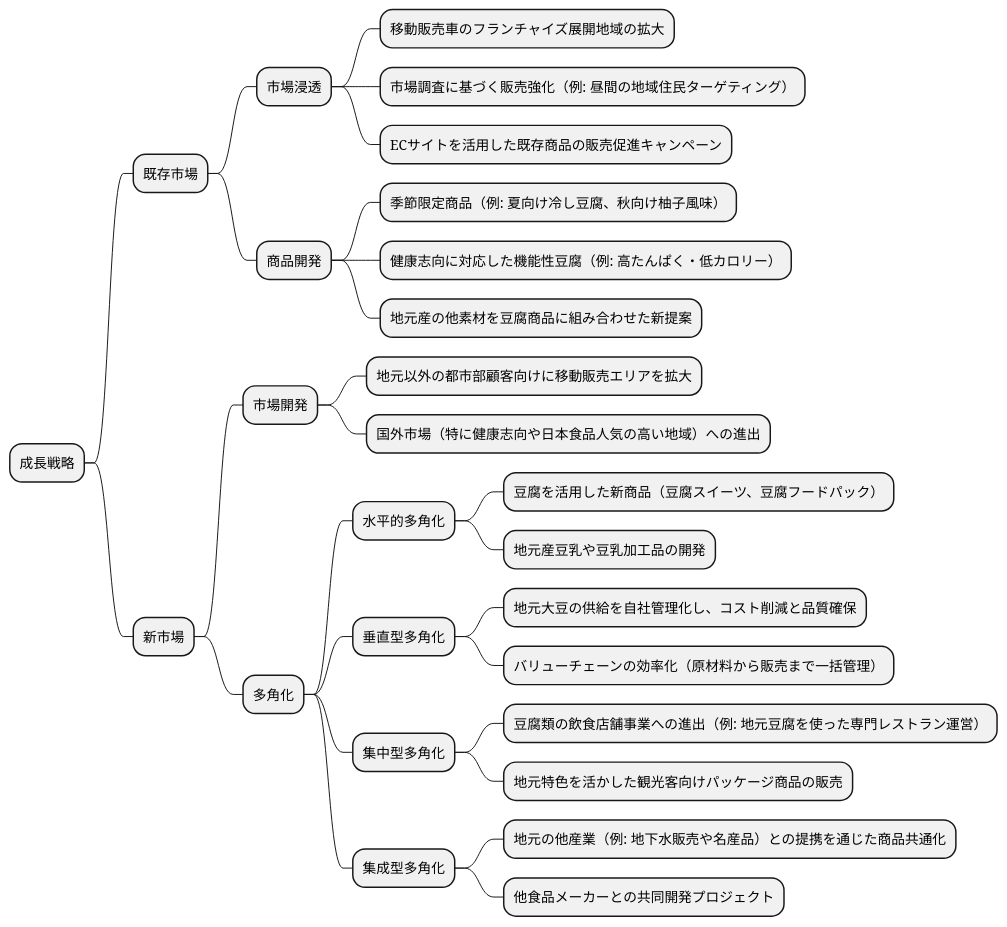
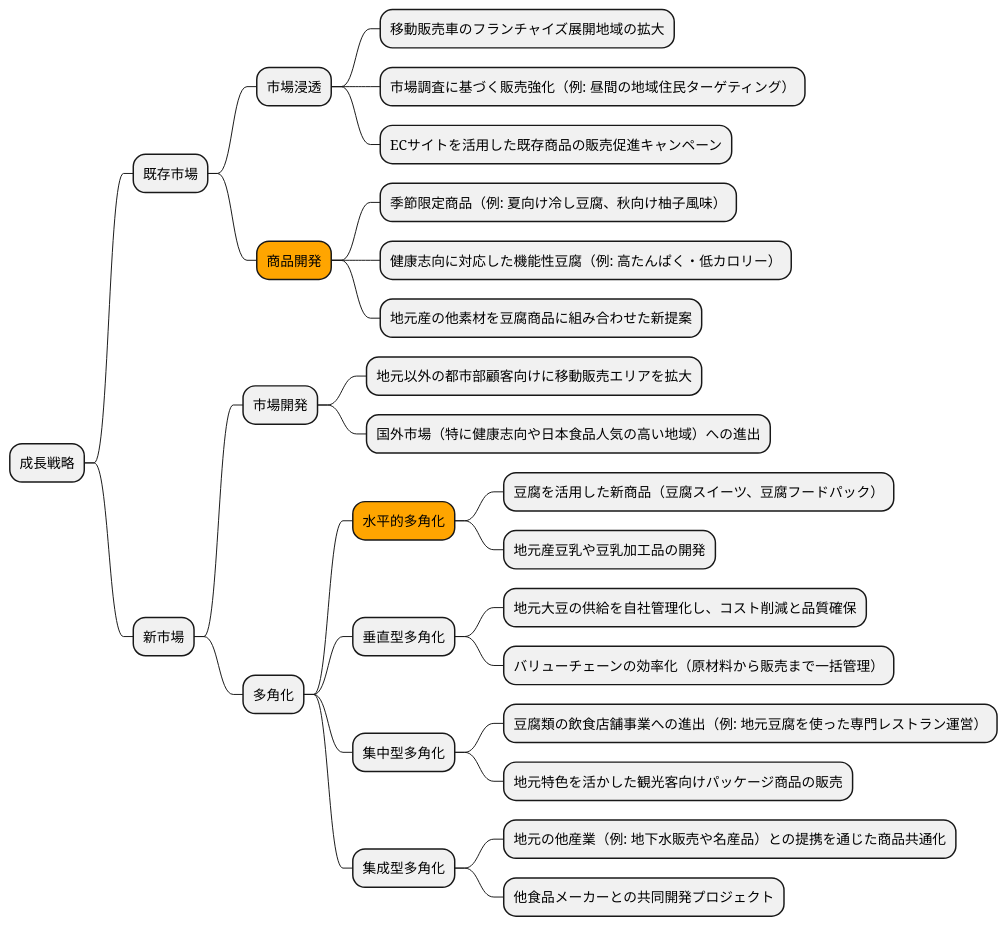
Before and after one commit to k2works/case-study-business-analysis: the sixth of 19 diagrams in docs/case/r03_case_2.adoc, drawn with PlantUML. The commit also changed other lines of this file, not shown here.

```diff
--- a/docs/case/r03_case_2.adoc
+++ b/docs/case/r03_case_2.adoc
@@ -226,34 +226,34 @@
 [plantuml]
 ----
 @startmindmap
 
 * 成長戦略
 ** 既存市場
 *** 市場浸透
 **** 移動販売車のフランチャイズ展開地域の拡大
 **** 市場調査に基づく販売強化（例: 昼間の地域住民ターゲティング）
 **** ECサイトを活用した既存商品の販売促進キャンペーン
-*** 商品開発
+***[#orange] 商品開発
 **** 季節限定商品（例: 夏向け冷し豆腐、秋向け柚子風味）
 **** 健康志向に対応した機能性豆腐（例: 高たんぱく・低カロリー）
 **** 地元産の他素材を豆腐商品に組み合わせた新提案
 ** 新市場
 *** 市場開発
 **** 地元以外の都市部顧客向けに移動販売エリアを拡大
 **** 国外市場（特に健康志向や日本食品人気の高い地域）への進出
 *** 多角化
-**** 水平的多角化
+****[#orange] 水平的多角化
 ***** 豆腐を活用した新商品（豆腐スイーツ、豆腐フードパック）
 ***** 地元産豆乳や豆乳加工品の開発
 **** 垂直型多角化
 ***** 地元大豆の供給を自社管理化し、コスト削減と品質確保
 ***** バリューチェーンの効率化（原材料から販売まで一括管理）
 **** 集中型多角化
 ***** 豆腐類の飲食店舗事業への進出（例: 地元豆腐を使った専門レストラン運営）
 ***** 地元特色を活かした観光客向けパッケージ商品の販売
 **** 集成型多角化
 ***** 地元の他産業（例: 地下水販売や名産品）との提携を通じた商品共通化
 ***** 他食品メーカーとの共同開発プロジェクト
 
 @endmindmap
 ----
```
